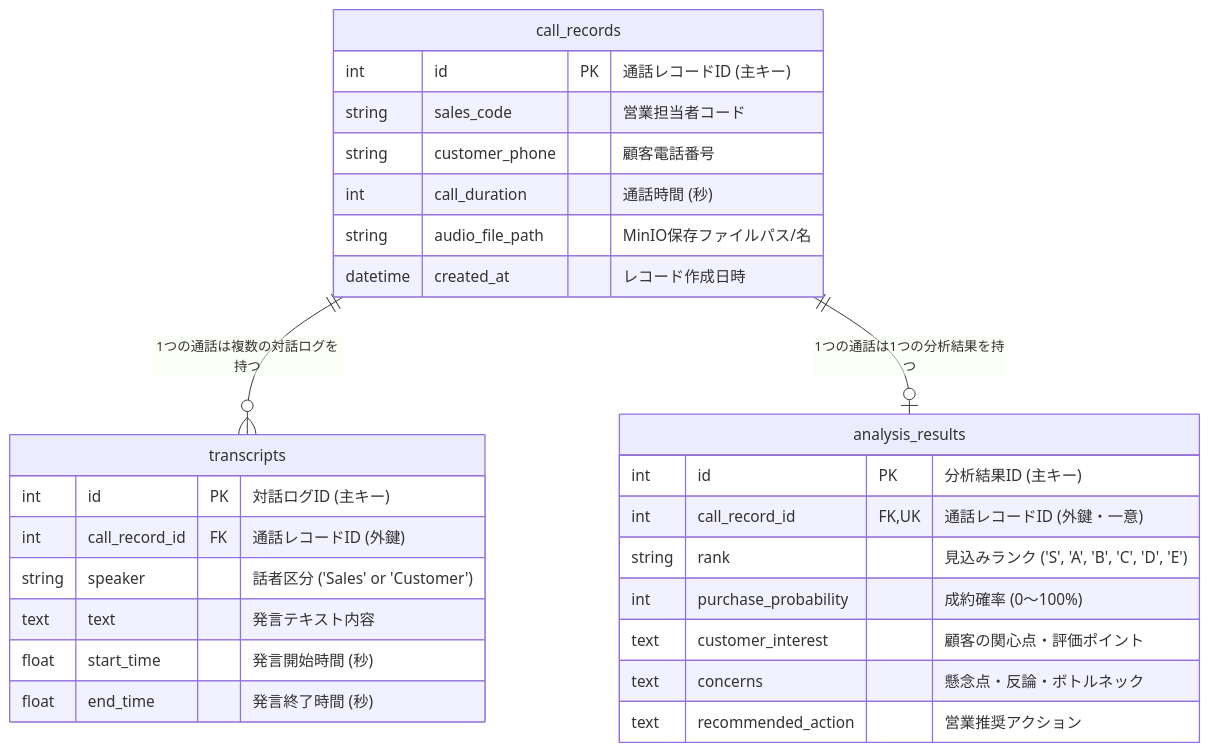
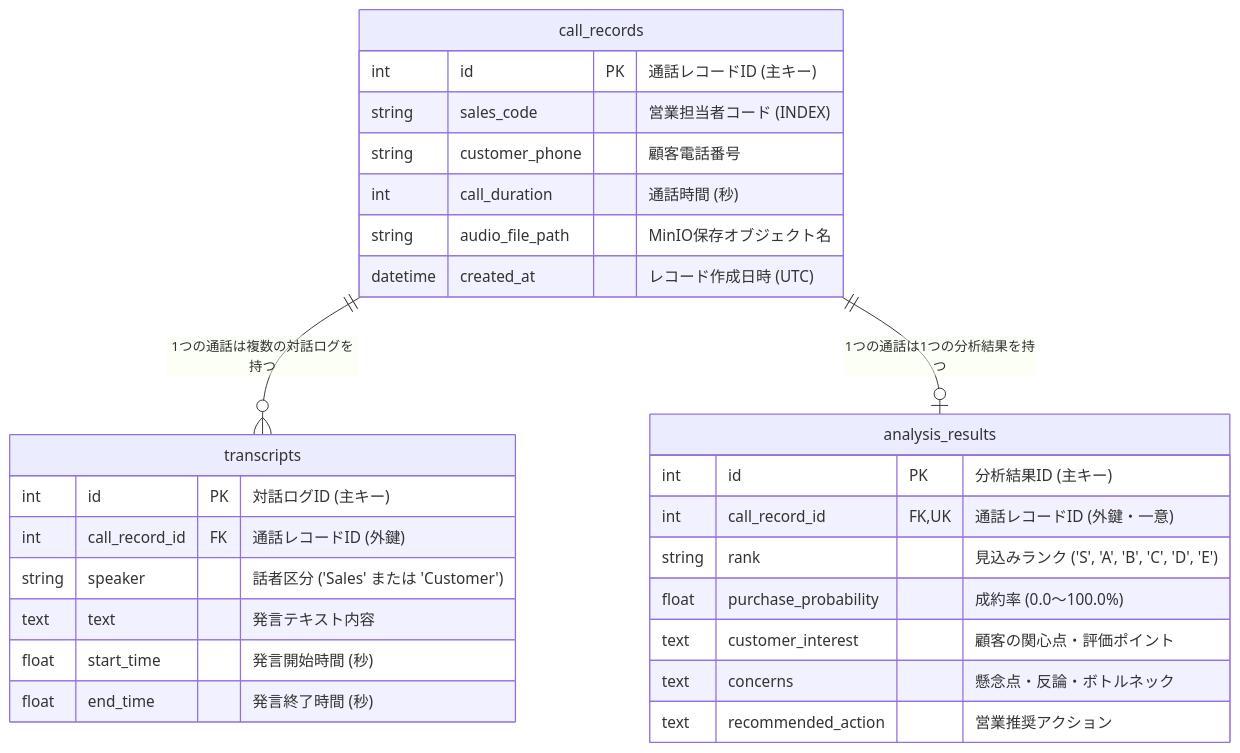
Before and after one commit to tansyu0423-creator/telesales-web-app: the diagram in docs/02_database_design.md, drawn with Mermaid. The commit also changed other lines of this file and 26 other files, not shown here.

````diff
--- a/docs/02_database_design.md
+++ b/docs/02_database_design.md
@@ -15,33 +15,33 @@
 ```mermaid
 erDiagram
     call_records ||--o{ transcripts : "1つの通話は複数の対話ログを持つ"
     call_records ||--o| analysis_results : "1つの通話は1つの分析結果を持つ"
 
     call_records {
         int id PK "通話レコードID (主キー)"
-        string sales_code "営業担当者コード"
+        string sales_code "営業担当者コード (INDEX)"
         string customer_phone "顧客電話番号"
         int call_duration "通話時間 (秒)"
-        string audio_file_path "MinIO保存ファイルパス/名"
-        datetime created_at "レコード作成日時"
+        string audio_file_path "MinIO保存オブジェクト名"
+        datetime created_at "レコード作成日時 (UTC)"
     }
 
     transcripts {
         int id PK "対話ログID (主キー)"
         int call_record_id FK "通話レコードID (外鍵)"
-        string speaker "話者区分 ('Sales' or 'Customer')"
+        string speaker "話者区分 ('Sales' または 'Customer')"
         text text "発言テキスト内容"
         float start_time "発言開始時間 (秒)"
         float end_time "発言終了時間 (秒)"
     }
 
     analysis_results {
         int id PK "分析結果ID (主キー)"
         int call_record_id FK, UK "通話レコードID (外鍵・一意)"
         string rank "見込みランク ('S', 'A', 'B', 'C', 'D', 'E')"
-        int purchase_probability "成約確率 (0〜100%)"
+        float purchase_probability "成約率 (0.0〜100.0%)"
         text customer_interest "顧客の関心点・評価ポイント"
         text concerns "懸念点・反論・ボトルネック"
         text recommended_action "営業推奨アクション"
     }
 ```
````
